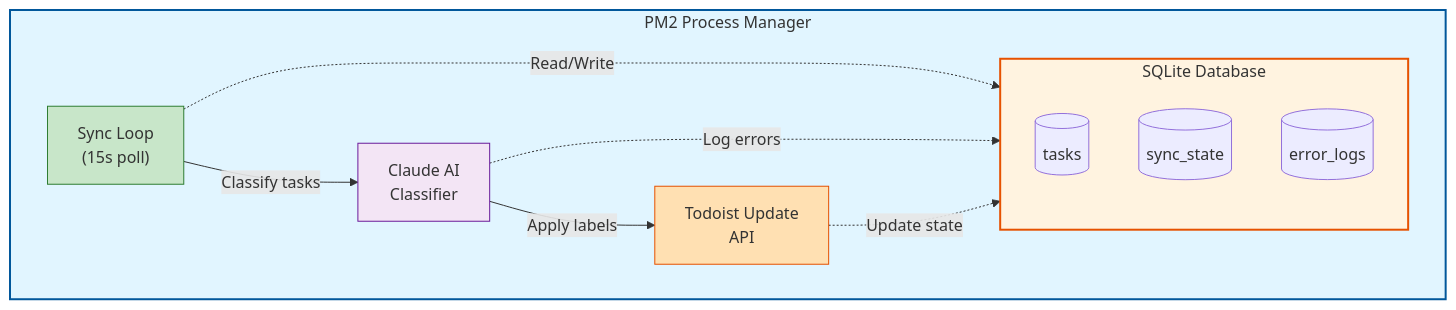
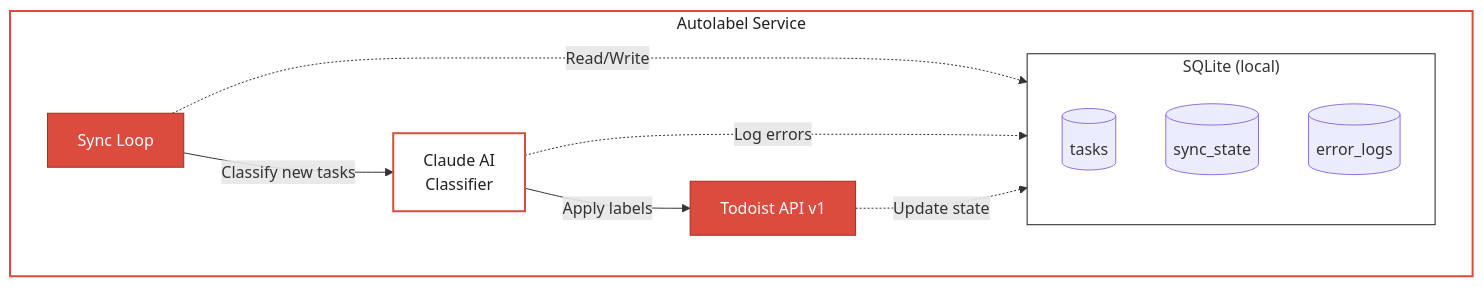
The diagram in README.md (glorioustephan/todoist-autolabel-service), drawn with Mermaid before and after one commit. The commit also changed other lines of this file and 18 other files, not shown here.

First line of the commit message:
feat!: prepare for npm publication as @glorioustephan/todoist-autolabel

````diff
--- a/README.md
+++ b/README.md
@@ -47,27 +28,27 @@
 ```mermaid
 graph TB
-    subgraph PM2["PM2 Process Manager"]
-        SyncLoop["Sync Loop<br/>(15s poll)"]
+    subgraph Service["Autolabel Service"]
+        SyncLoop["Sync Loop"]
         Claude["Claude AI<br/>Classifier"]
-        Todoist["Todoist Update<br/>API"]
-        
-        SyncLoop -->|Classify tasks| Claude
+        Todoist["Todoist API v1"]
+
+        SyncLoop -->|Classify new tasks| Claude
         Claude -->|Apply labels| Todoist
-        
-        subgraph DB["SQLite Database"]
+
+        subgraph DB["SQLite (local)"]
             Tasks[(tasks)]
             SyncState[(sync_state)]
             ErrorLogs[(error_logs)]
         end
-        
+
         SyncLoop -.->|Read/Write| DB
         Claude -.->|Log errors| DB
         Todoist -.->|Update state| DB
     end
-    
-    style PM2 fill:#e1f5ff,stroke:#01579b,stroke-width:2px
-    style DB fill:#fff3e0,stroke:#e65100,stroke-width:2px
-    style SyncLoop fill:#c8e6c9,stroke:#2e7d32
-    style Claude fill:#f3e5f5,stroke:#6a1b9a
-    style Todoist fill:#ffe0b2,stroke:#e65100
+
+    style Service fill:#ffffff,stroke:#DC4C3E,stroke-width:2px,color:#202020
+    style DB fill:#ffffff,stroke:#202020,stroke-width:1px
+    style SyncLoop fill:#DC4C3E,stroke:#A02E20,color:#ffffff
+    style Claude fill:#ffffff,stroke:#DC4C3E,stroke-width:2px,color:#202020
+    style Todoist fill:#DC4C3E,stroke:#A02E20,color:#ffffff
 ```
````
